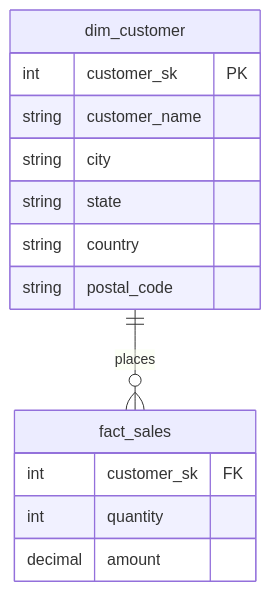
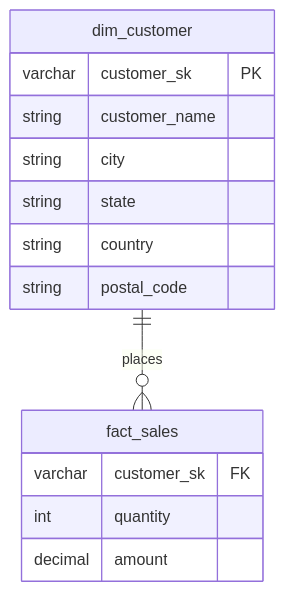
Before and after one commit to dyvenia/dim-modelling-docs: the first of 2 diagrams in src/patterns/outtrigger.md, drawn with Mermaid. The commit also changed other lines of this file and 8 other files, not shown here.

````diff
--- a/src/patterns/outtrigger.md
+++ b/src/patterns/outtrigger.md
@@ -32,19 +32,19 @@
 ```mermaid
 erDiagram
     dim_customer ||--o{ fact_sales : "places"
 
     dim_customer {
-        int customer_sk PK
+        varchar customer_sk PK
         string customer_name
         string city
         string state
         string country
         string postal_code
     }
 
     fact_sales {
-        int customer_sk FK
+        varchar customer_sk FK
         int quantity
         decimal amount
     }
 ```
````
